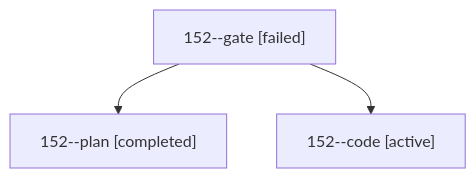
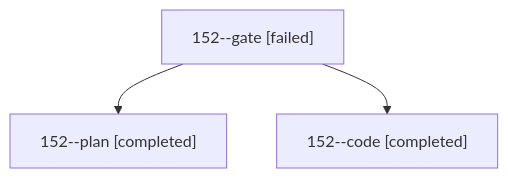
One commit to bobs-org/bob-cli--agents changed the diagram in sessions/bbugyi200.athena.152.md. Above: the diagram before and after it, drawn with Mermaid. The commit also changed other lines of this file and 195 other files, not shown here.

````diff
--- a/sessions/bbugyi200.athena.152.md
+++ b/sessions/bbugyi200.athena.152.md
@@ -9,8 +9,8 @@
 ```mermaid
 flowchart TD
   n0["152--gate [failed]"]
   n1["152--plan [completed]"]
   n0 --> n1
-  n2["152--code [active]"]
+  n2["152--code [completed]"]
   n0 --> n2
 ```
````
